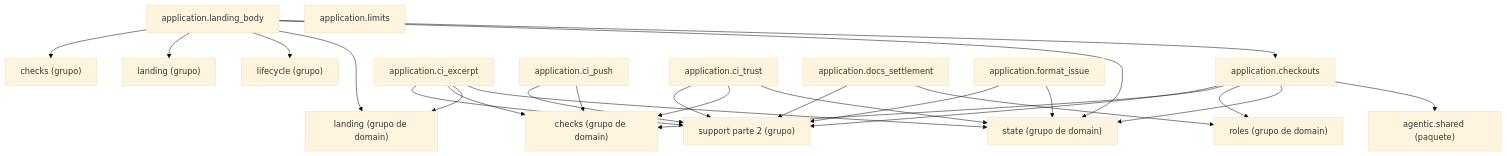
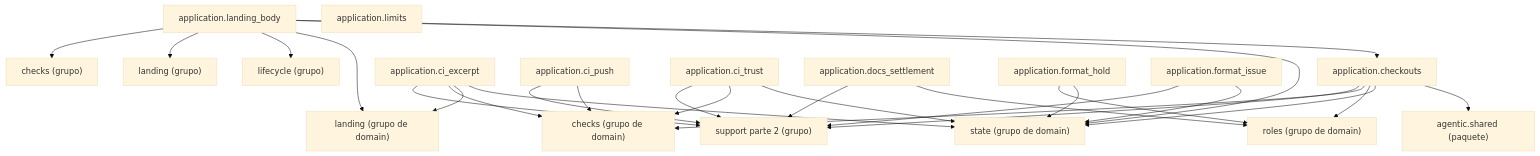
One commit to GonzaloZevallos/agentic-system changed the diagram in docs/architecture/generated/packages-process-application-support-1.md. Above: the diagram before and after it, drawn with Mermaid (base theme).

Commit message:
Regenerate the architecture docs for the format_hold module

````diff
--- a/docs/architecture/generated/packages-process-application-support-1.md
+++ b/docs/architecture/generated/packages-process-application-support-1.md
@@ -17,44 +17,47 @@
 ```mermaid
 graph TD
     g_application__checks["checks (grupo)"]
     g_application__landing["landing (grupo)"]
     g_application__lifecycle["lifecycle (grupo)"]
     g_application__support__2["support parte 2 (grupo)"]
     g_domain__checks["checks (grupo de domain)"]
     g_domain__landing["landing (grupo de domain)"]
     g_domain__roles["roles (grupo de domain)"]
     g_domain__state["state (grupo de domain)"]
     g_pkg__agentic__shared["agentic.shared (paquete)"]
     m_application__checkouts["application.checkouts"]
     m_application__ci_excerpt["application.ci_excerpt"]
     m_application__ci_push["application.ci_push"]
     m_application__ci_trust["application.ci_trust"]
     m_application__docs_settlement["application.docs_settlement"]
+    m_application__format_hold["application.format_hold"]
     m_application__format_issue["application.format_issue"]
     m_application__landing_body["application.landing_body"]
     m_application__limits["application.limits"]
     m_application__checkouts --> g_application__support__2
     m_application__checkouts --> g_domain__checks
     m_application__checkouts --> g_domain__roles
     m_application__checkouts --> g_domain__state
     m_application__checkouts --> g_pkg__agentic__shared
     m_application__ci_excerpt --> g_application__support__2
     m_application__ci_excerpt --> g_domain__checks
     m_application__ci_excerpt --> g_domain__landing
     m_application__ci_excerpt --> g_domain__state
     m_application__ci_push --> g_application__support__2
     m_application__ci_push --> g_domain__checks
     m_application__ci_trust --> g_application__support__2
     m_application__ci_trust --> g_domain__checks
     m_application__ci_trust --> g_domain__state
     m_application__docs_settlement --> g_application__support__2
     m_application__docs_settlement --> g_domain__roles
+    m_application__format_hold --> g_domain__roles
+    m_application__format_hold --> g_domain__state
     m_application__format_issue --> g_application__support__2
     m_application__format_issue --> g_domain__state
     m_application__landing_body --> g_application__checks
     m_application__landing_body --> g_application__landing
     m_application__landing_body --> g_application__lifecycle
     m_application__landing_body --> g_domain__landing
     m_application__landing_body --> g_domain__state
     m_application__landing_body --> m_application__checkouts
 ```
````
